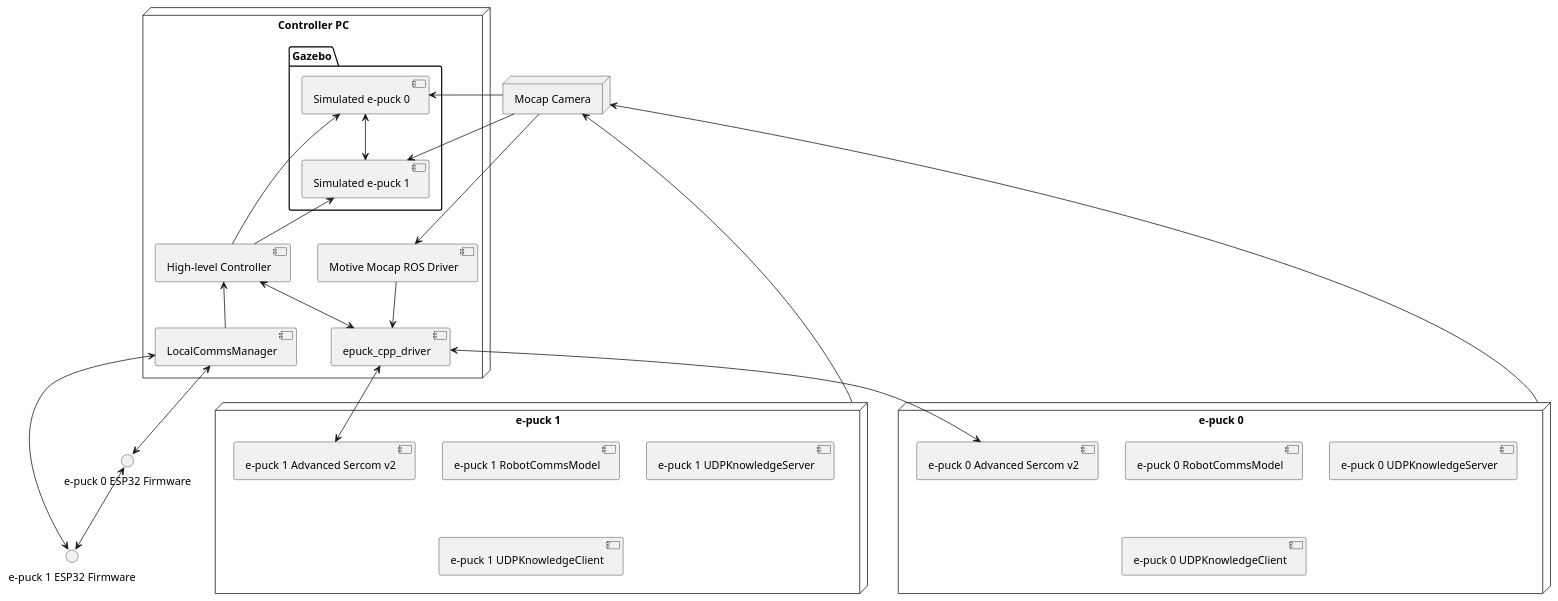
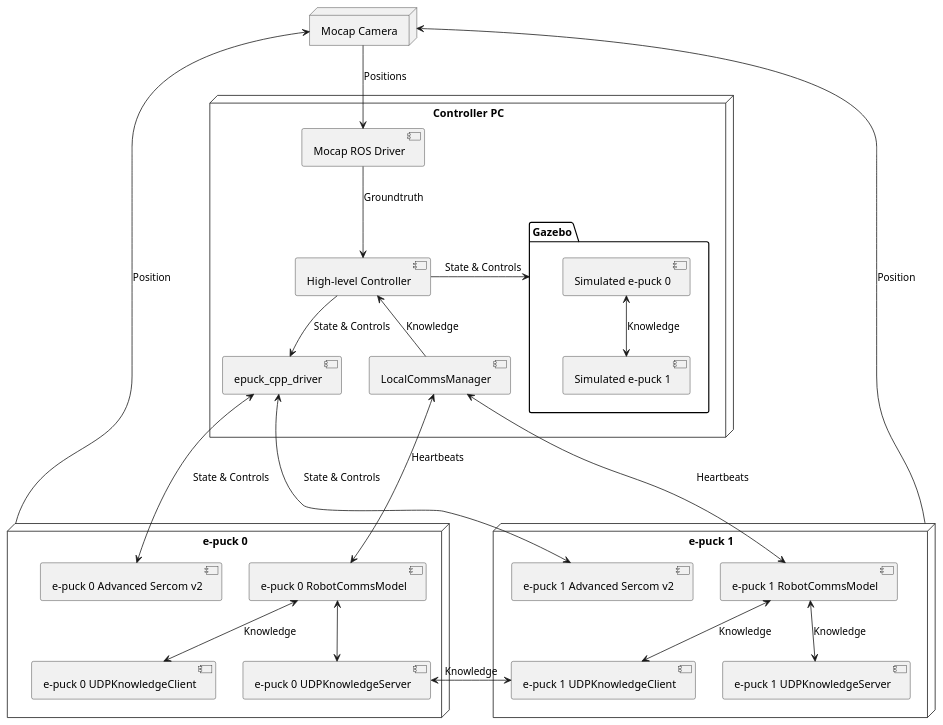
The diagram in ros_gz_lazy_agent_sim_applications/agent_local_comms_server/doc/software_architecture.puml (eshjordan/lazy_agent_sim), drawn with PlantUML before and after one commit.

Commit message:
Improved software architecture diagram

```diff
--- a/ros_gz_lazy_agent_sim_applications/agent_local_comms_server/doc/software_architecture.puml
+++ b/ros_gz_lazy_agent_sim_applications/agent_local_comms_server/doc/software_architecture.puml
@@ -1,59 +1,62 @@
 @startuml
 
+node "Mocap Camera"
+
 node "Controller PC" {
+  package "Gazebo" {
+    component "Simulated e-puck 0"
+    component "Simulated e-puck 1"
+  }
+
   component "LocalCommsManager"
 
   component "High-level Controller"
 
   component "epuck_cpp_driver"
 
-  component "Motive Mocap ROS Driver"
-
-  package "Gazebo" {
-    component "Simulated e-puck 0"
-    component "Simulated e-puck 1"
-  }
+  component "Mocap ROS Driver"
 }
 
 node "e-puck 0" {
   component "e-puck 0 RobotCommsModel"
   component "e-puck 0 UDPKnowledgeServer"
   component "e-puck 0 UDPKnowledgeClient"
   component "e-puck 0 Advanced Sercom v2"
 }
 
 node "e-puck 1" {
   component "e-puck 1 RobotCommsModel"
   component "e-puck 1 UDPKnowledgeServer"
   component "e-puck 1 UDPKnowledgeClient"
   component "e-puck 1 Advanced Sercom v2"
 }
 
-node "Mocap Camera"
+"epuck_cpp_driver" <--> "e-puck 0 Advanced Sercom v2": State & Controls
+"epuck_cpp_driver" <--> "e-puck 1 Advanced Sercom v2": State & Controls
 
-"epuck_cpp_driver" <--> "e-puck 0 Advanced Sercom v2"
-"epuck_cpp_driver" <--> "e-puck 1 Advanced Sercom v2"
+"LocalCommsManager" <--> "e-puck 0 RobotCommsModel": Heartbeats\n\n\n
+"LocalCommsManager" <-left-> "e-puck 1 RobotCommsModel": Heartbeats
 
-"LocalCommsManager" <--> "e-puck 0 ESP32 Firmware"
-"LocalCommsManager" <--> "e-puck 1 ESP32 Firmware"
+"e-puck 0 Advanced Sercom v2" -[hidden]-> "e-puck 0 UDPKnowledgeClient"
+"e-puck 1 Advanced Sercom v2" -[hidden]-> "e-puck 1 UDPKnowledgeClient"
+"e-puck 0 RobotCommsModel" <--> "e-puck 0 UDPKnowledgeServer"
+"e-puck 0 RobotCommsModel" <--> "e-puck 0 UDPKnowledgeClient": Knowledge
+"e-puck 1 RobotCommsModel" <--> "e-puck 1 UDPKnowledgeClient": Knowledge
+"e-puck 1 RobotCommsModel" <--> "e-puck 1 UDPKnowledgeServer": Knowledge
 
-"e-puck 0 ESP32 Firmware" <--> "e-puck 1 ESP32 Firmware"
+"e-puck 0 UDPKnowledgeServer" <-> "e-puck 1 UDPKnowledgeClient": Knowledge
 
-"Mocap Camera" <-- "e-puck 0"
-"Mocap Camera" <-- "e-puck 1"
-"Mocap Camera" --> "Motive Mocap ROS Driver"
-"Motive Mocap ROS Driver" --> "epuck_cpp_driver"
+"Mocap Camera" <-- "e-puck 0": Position
+"Mocap Camera" <-- "e-puck 1": Position
+"Mocap Camera" --> "Mocap ROS Driver": Positions
+"Mocap ROS Driver" --> "High-level Controller": Groundtruth
 
-"High-level Controller" <--> "epuck_cpp_driver"
+"High-level Controller" --> "epuck_cpp_driver": State & Controls
 
-"High-level Controller" <-- "LocalCommsManager"
+"High-level Controller" <-- "LocalCommsManager": Knowledge
 
-"Simulated e-puck 0" <--> "Simulated e-puck 1"
+"Simulated e-puck 0" <--> "Simulated e-puck 1": Knowledge
 
-"Mocap Camera" -right-> "Simulated e-puck 0"
-"Mocap Camera" -right-> "Simulated e-puck 1"
-
-"Simulated e-puck 0" <-- "High-level Controller"
-"Simulated e-puck 1" <-- "High-level Controller"
+"High-level Controller" -> "Gazebo": State & Controls
 
 @enduml
```
